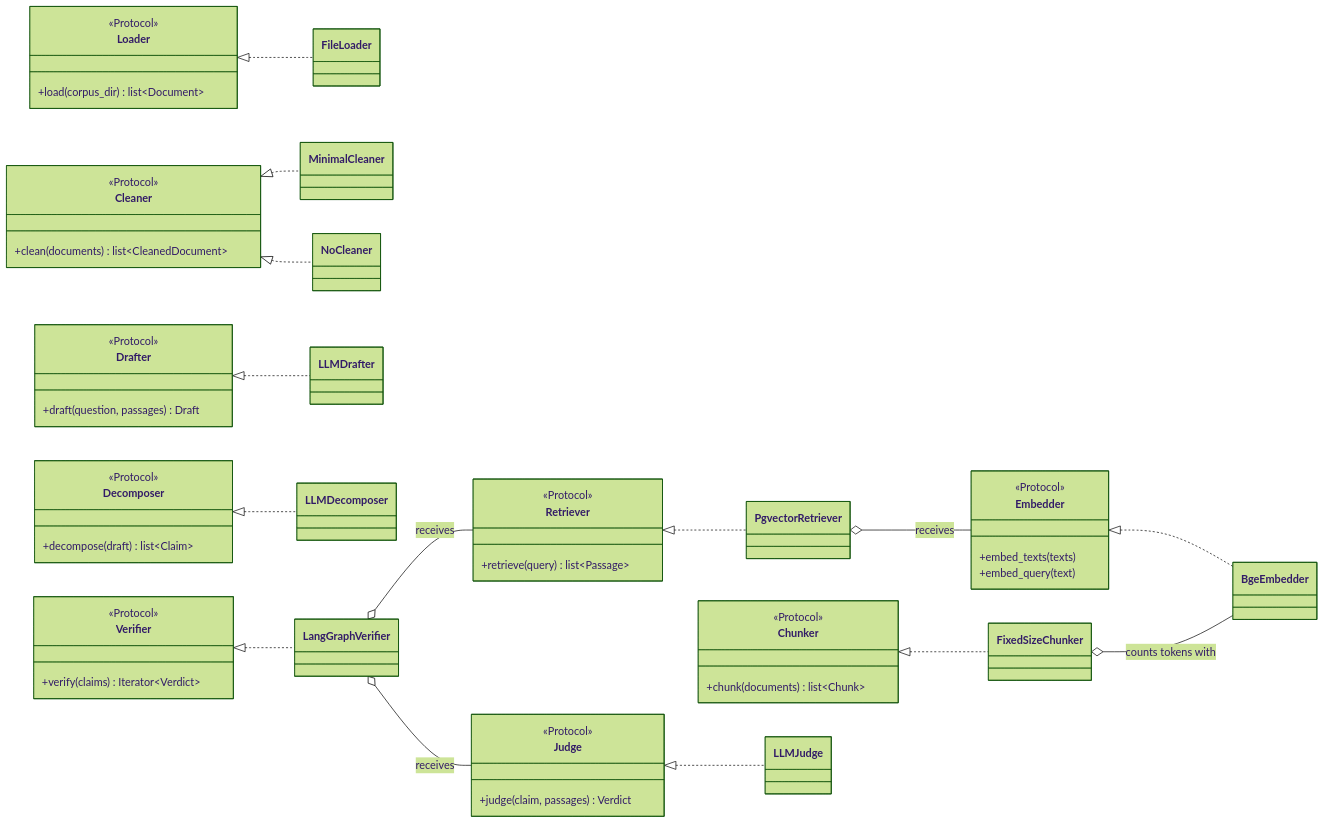
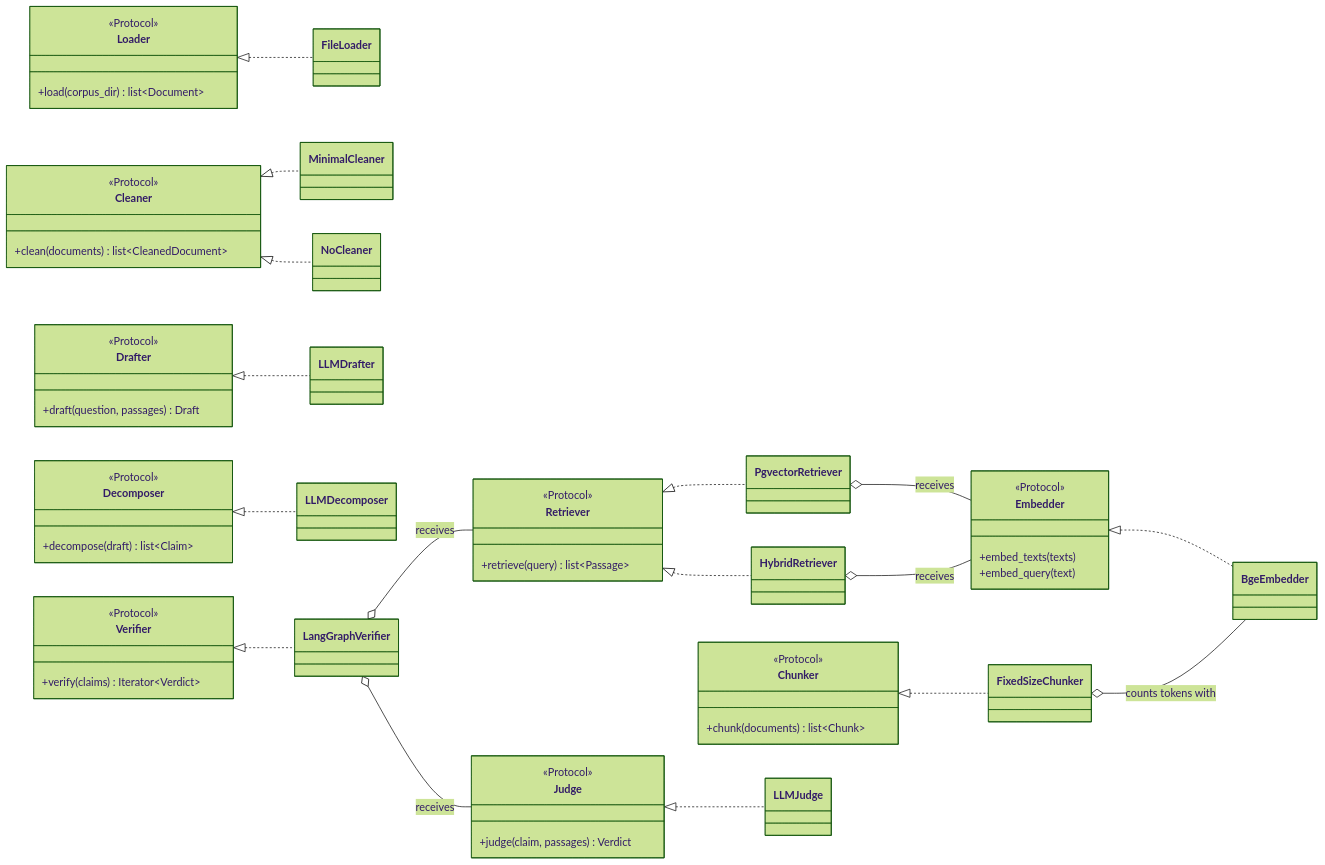
Before and after one commit to Benarbiaa/claim-verify-rag: the fifth of 12 diagrams in docs/design.md, drawn with Mermaid (forest theme). The commit also changed other lines of this file and 9 other files, not shown here.

````diff
--- a/docs/design.md
+++ b/docs/design.md
@@ -187,57 +187,59 @@
 ```mermaid
 classDiagram
     direction LR
     class Loader {
         <<Protocol>>
         +load(corpus_dir) list~Document~
     }
     class Cleaner {
         <<Protocol>>
         +clean(documents) list~CleanedDocument~
     }
     class Chunker {
         <<Protocol>>
         +chunk(documents) list~Chunk~
     }
     class Embedder {
         <<Protocol>>
         +embed_texts(texts)
         +embed_query(text)
     }
     class Retriever {
         <<Protocol>>
         +retrieve(query) list~Passage~
     }
     class Drafter {
         <<Protocol>>
         +draft(question, passages) Draft
     }
     class Decomposer {
         <<Protocol>>
         +decompose(draft) list~Claim~
     }
     class Judge {
         <<Protocol>>
         +judge(claim, passages) Verdict
     }
     class Verifier {
         <<Protocol>>
         +verify(claims) Iterator~Verdict~
     }
 
     Loader <|.. FileLoader
     Cleaner <|.. MinimalCleaner
     Cleaner <|.. NoCleaner
     Chunker <|.. FixedSizeChunker
     Embedder <|.. BgeEmbedder
     Retriever <|.. PgvectorRetriever
+    Retriever <|.. HybridRetriever
     Drafter <|.. LLMDrafter
     Decomposer <|.. LLMDecomposer
     Judge <|.. LLMJudge
     Verifier <|.. LangGraphVerifier
 
     PgvectorRetriever o-- Embedder : receives
+    HybridRetriever o-- Embedder : receives
     FixedSizeChunker o-- BgeEmbedder : counts tokens with
     LangGraphVerifier o-- Retriever : receives
     LangGraphVerifier o-- Judge : receives
 ```
````
